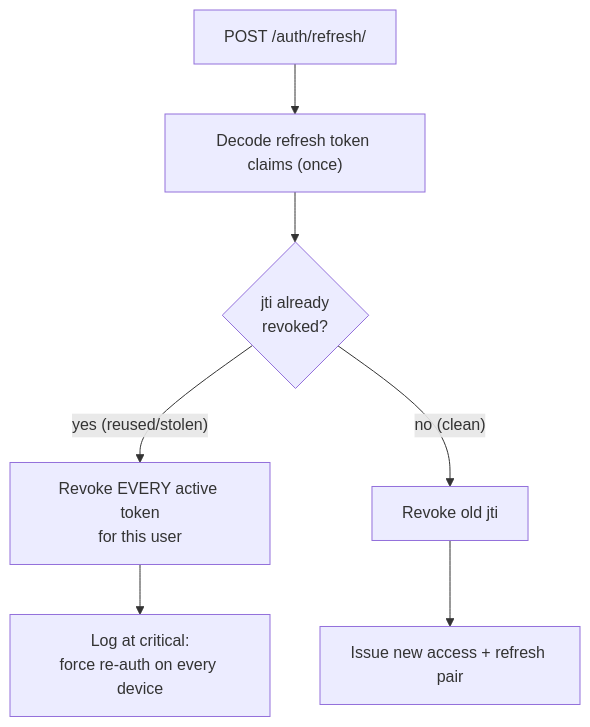
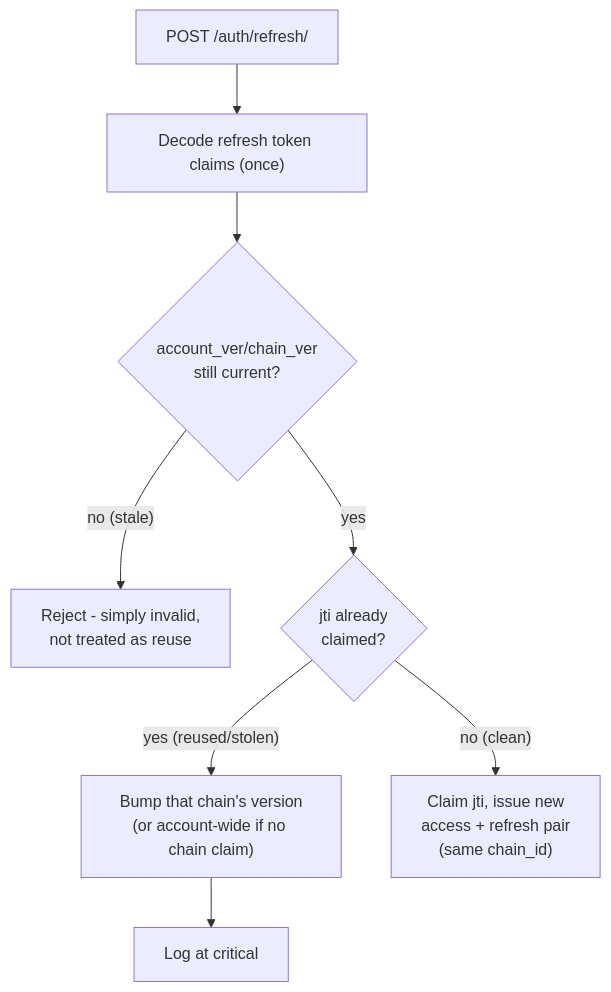
One commit to Nachiket-2024/mystic-auth changed the diagram in docs/mystic_auth/authentication/overview.md. Above: the diagram before and after it, drawn with Mermaid. The commit also changed other lines of this file and 248 other files, not shown here.

````diff
--- a/docs/mystic_auth/authentication/overview.md
+++ b/docs/mystic_auth/authentication/overview.md
@@ -53,9 +61,10 @@
 ```mermaid
 flowchart TD
     A["POST /auth/refresh/"] --> B["Decode refresh token claims (once)"]
-    B --> C{"jti already<br/>revoked?"}
-    C -- "yes (reused/stolen)" --> D["Revoke EVERY active token<br/>for this user"]
-    D --> E["Log at critical:<br/>force re-auth on every device"]
-    C -- "no (clean)" --> F["Revoke old jti"]
-    F --> G["Issue new access + refresh pair"]
+    B --> C{"account_ver/chain_ver<br/>still current?"}
+    C -- "no (stale)" --> S["Reject - simply invalid,<br/>not treated as reuse"]
+    C -- "yes" --> D{"jti already<br/>claimed?"}
+    D -- "yes (reused/stolen)" --> E["Bump that chain's version<br/>(or account-wide if no chain claim)"]
+    E --> F["Log at critical"]
+    D -- "no (clean)" --> G["Claim jti, issue new<br/>access + refresh pair<br/>(same chain_id)"]
 ```
````
